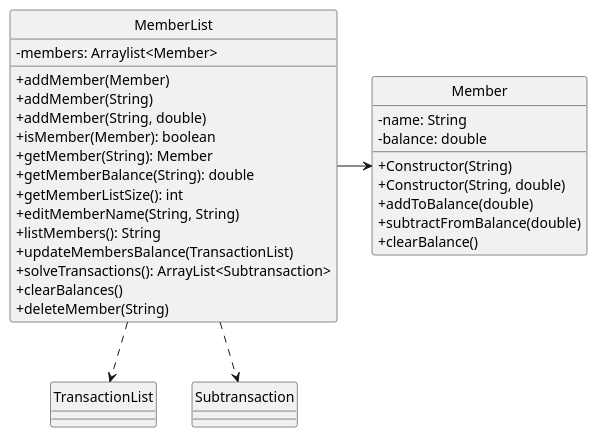
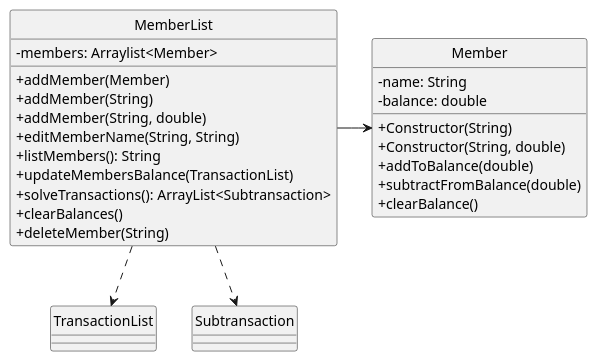
The diagram in docs/diagrams/Member.puml (jing-xiang/tp), drawn with PlantUML before and after one commit. The commit also changed 2 other files, not shown here.

Commit message:
Update diagrams

```diff
--- a/docs/diagrams/Member.puml
+++ b/docs/diagrams/Member.puml
@@ -1,38 +1,34 @@
 @startuml
 skinparam classAttributeIconSize 0
 hide circle
 
 class MemberList {
     -members: Arraylist<Member>
     +addMember(Member)
     +addMember(String)
     +addMember(String, double)
-    +isMember(Member): boolean
-    +getMember(String): Member
-    +getMemberBalance(String): double
-    +getMemberListSize(): int
     +editMemberName(String, String)
     +listMembers(): String
     +updateMembersBalance(TransactionList)
     +solveTransactions(): ArrayList<Subtransaction>
     +clearBalances()
     +deleteMember(String)
 }
 
 class Member {
     -name: String
     -balance: double
     +Constructor(String)
     +Constructor(String, double)
     +addToBalance(double)
     +subtractFromBalance(double)
     +clearBalance()
 }
 
 class TransactionList
 class Subtransaction
 
 MemberList -> Member
 MemberList -[dashed]-> TransactionList
 MemberList -[dashed]-> Subtransaction
 @enduml
```
